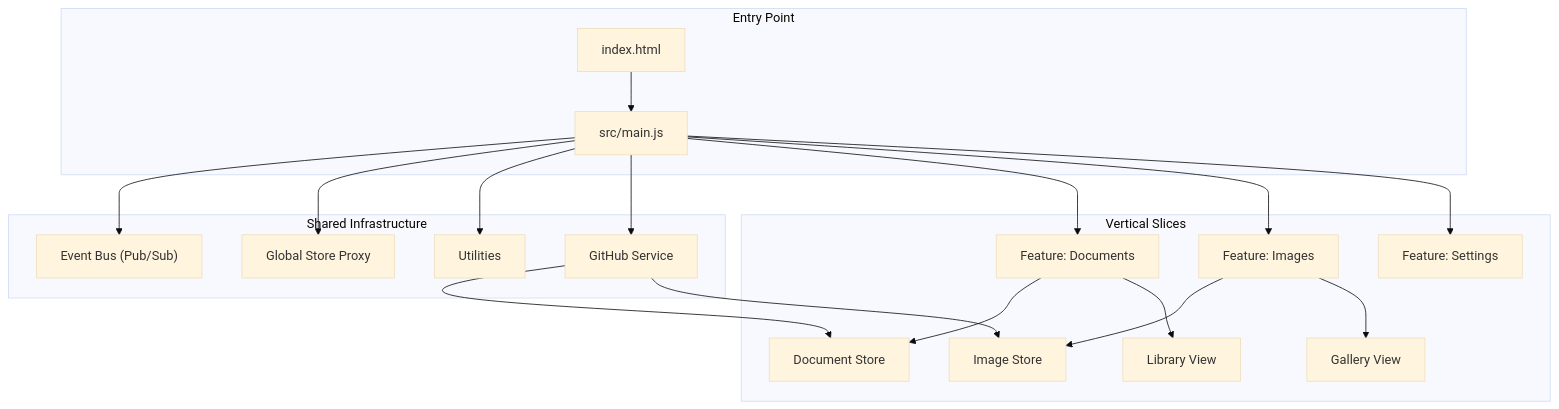
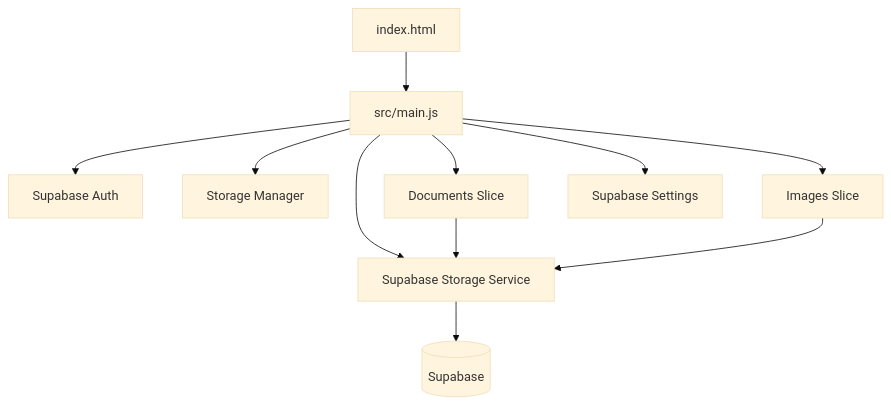
The diagram in README.md (invisibleacropolis-ops/InvisibleSupport), drawn with Mermaid (base theme) before and after one commit. The commit also changed other lines of this file and 59 other files, not shown here.

````diff
--- a/README.md
+++ b/README.md
@@ -17,28 +11,13 @@
 ```mermaid
 graph TD
-    subgraph "Entry Point"
-        Index[index.html] --> Main[src/main.js]
-    end
-
-    subgraph "Shared Infrastructure"
-        Main --> EventBus["Event Bus (Pub/Sub)"]
-        Main --> Store["Global Store Proxy"]
-        Main --> Utils[Utilities]
-        Main --> GitHub[GitHub Service]
-    end
-
-    subgraph "Vertical Slices"
-        Main --> DocSlice["Feature: Documents"]
-        Main --> ImgSlice["Feature: Images"]
-        Main --> SettingsSlice["Feature: Settings"]
-        
-        DocSlice --> DocStore[Document Store]
-        DocSlice --> DocUI[Library View]
-        
-        ImgSlice --> ImgStore[Image Store]
-        ImgSlice --> ImgUI[Gallery View]
-    end
-
-    GitHub --> DocStore
-    GitHub --> ImgStore
+    Index[index.html] --> Main[src/main.js]
+    Main --> Auth[Supabase Auth]
+    Main --> Storage[Supabase Storage Service]
+    Main --> StorageManager[Storage Manager]
+    Main --> Documents[Documents Slice]
+    Main --> Images[Images Slice]
+    Main --> Settings[Supabase Settings]
+    Documents --> Storage
+    Images --> Storage
+    Storage --> Supabase[(Supabase)]
 ```
````
